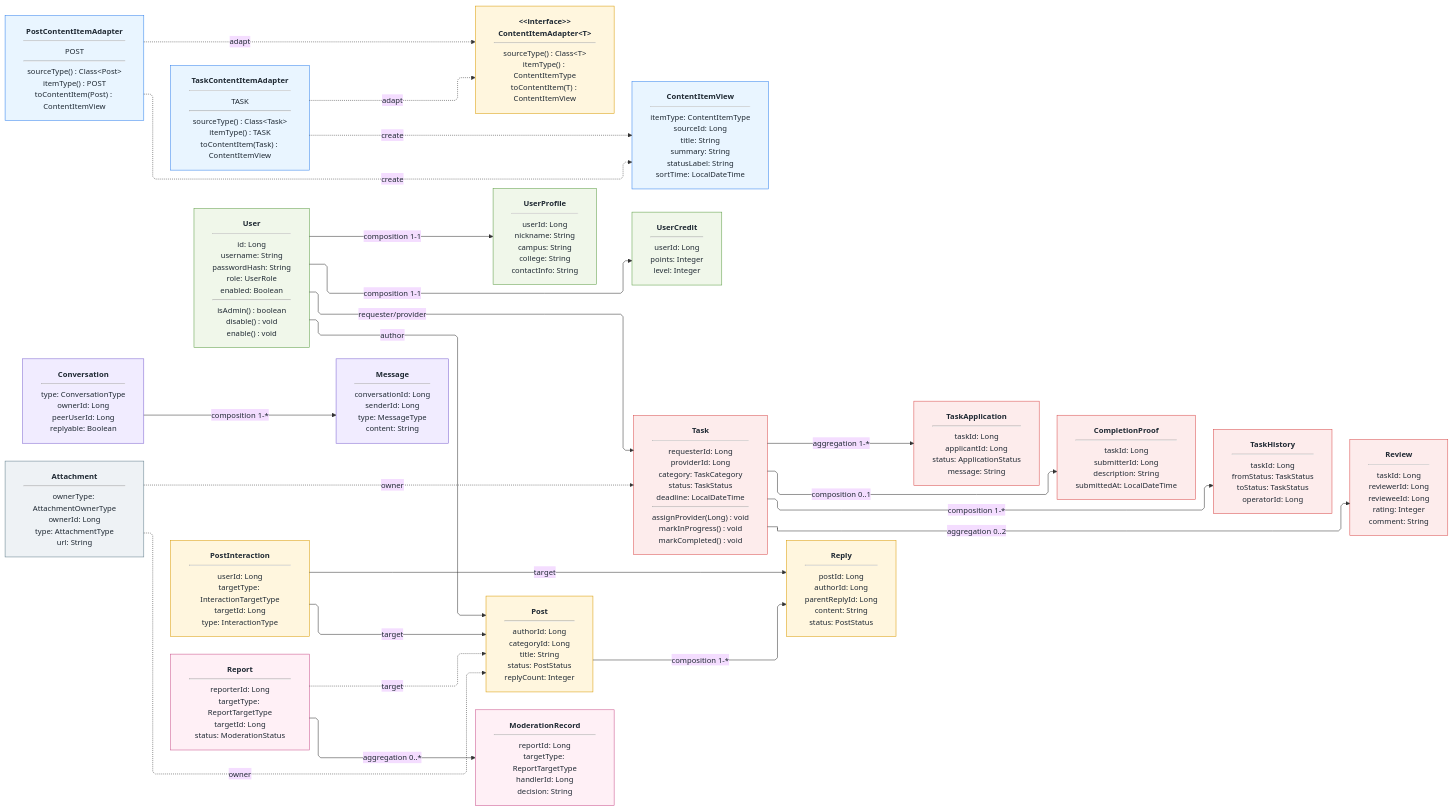
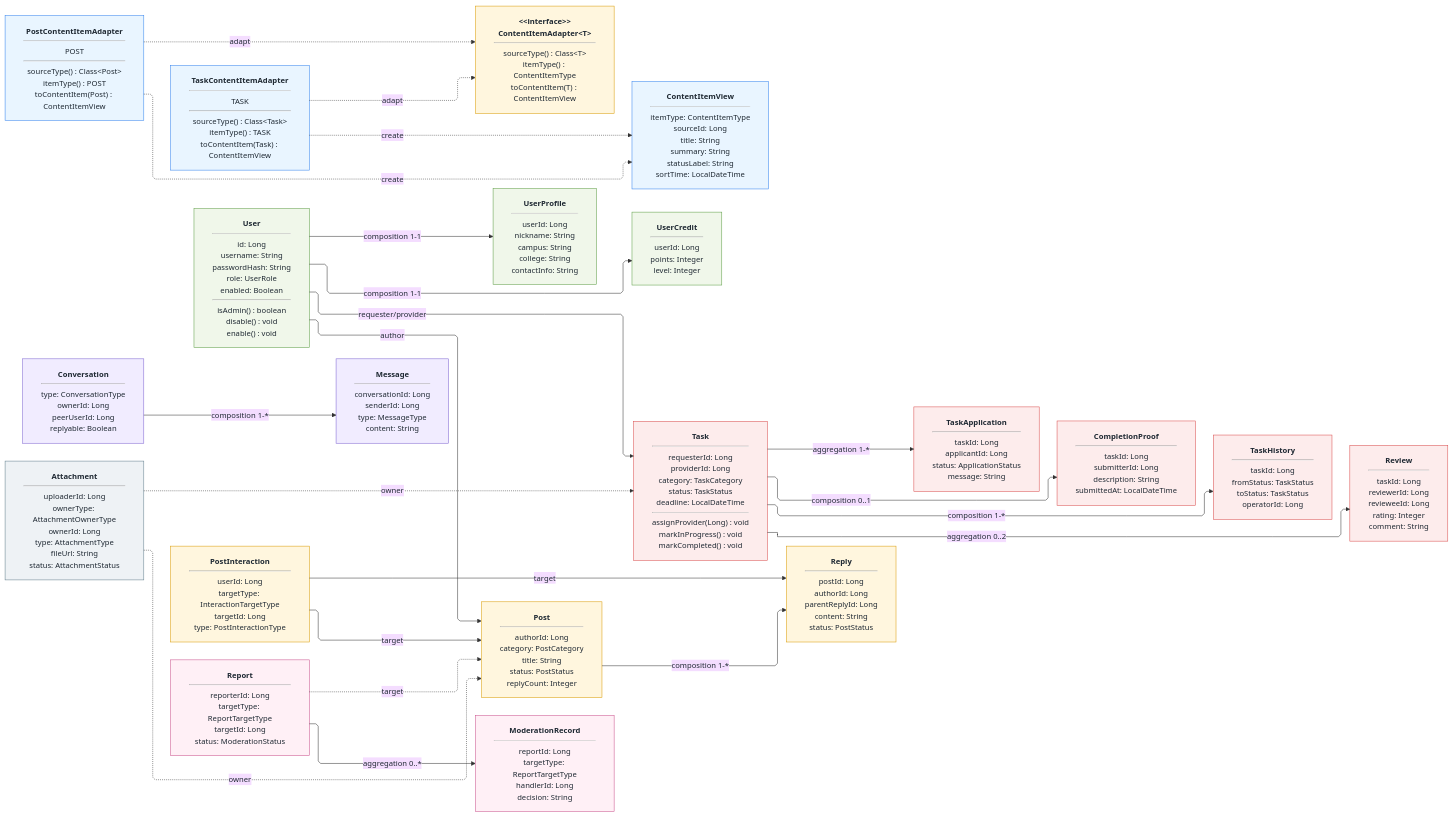
The diagram in docs/P3/01-核心类设计/核心类图/核心类图-总览.mmd (X-Immortal/CampusBridge), drawn with Mermaid before and after one commit. The commit also changed 13 other files, not shown here.

Commit message:
P3图片修正

```diff
--- a/docs/P3/01-核心类设计/核心类图/核心类图-总览.mmd
+++ b/docs/P3/01-核心类设计/核心类图/核心类图-总览.mmd
@@ -1,70 +1,70 @@
 %%{init: {"theme": "base", "themeVariables": {"fontFamily": "Arial, Microsoft YaHei, sans-serif", "fontSize": "15px", "primaryTextColor": "#1f2933", "lineColor": "#333333"}, "flowchart": {"defaultRenderer": "elk", "curve": "linear", "nodeSpacing": 46, "rankSpacing": 78, "padding": 18}}}%%
 flowchart LR
   PostContentItemAdapter["<b>PostContentItemAdapter</b><hr/>POST<hr/>sourceType() : Class&lt;Post&gt;<br/>itemType() : POST<br/>toContentItem(Post) : ContentItemView"]:::view
   TaskContentItemAdapter["<b>TaskContentItemAdapter</b><hr/>TASK<hr/>sourceType() : Class&lt;Task&gt;<br/>itemType() : TASK<br/>toContentItem(Task) : ContentItemView"]:::view
   ContentItemAdapterT["<b>&lt;&lt;interface&gt;&gt;<br/>ContentItemAdapter&lt;T&gt;</b><hr/>sourceType() : Class&lt;T&gt;<br/>itemType() : ContentItemType<br/>toContentItem(T) : ContentItemView"]:::adapter
   ContentItemView["<b>ContentItemView</b><hr/>itemType: ContentItemType<br/>sourceId: Long<br/>title: String<br/>summary: String<br/>statusLabel: String<br/>sortTime: LocalDateTime"]:::view
 
   User["<b>User</b><hr/>id: Long<br/>username: String<br/>passwordHash: String<br/>role: UserRole<br/>enabled: Boolean<hr/>isAdmin() : boolean<br/>disable() : void<br/>enable() : void"]:::user
   UserProfile["<b>UserProfile</b><hr/>userId: Long<br/>nickname: String<br/>campus: String<br/>college: String<br/>contactInfo: String"]:::user
   UserCredit["<b>UserCredit</b><hr/>userId: Long<br/>points: Integer<br/>level: Integer"]:::user
 
-  Post["<b>Post</b><hr/>authorId: Long<br/>categoryId: Long<br/>title: String<br/>status: PostStatus<br/>replyCount: Integer"]:::post
+  Post["<b>Post</b><hr/>authorId: Long<br/>category: PostCategory<br/>title: String<br/>status: PostStatus<br/>replyCount: Integer"]:::post
   Reply["<b>Reply</b><hr/>postId: Long<br/>authorId: Long<br/>parentReplyId: Long<br/>content: String<br/>status: PostStatus"]:::post
-  PostInteraction["<b>PostInteraction</b><hr/>userId: Long<br/>targetType: InteractionTargetType<br/>targetId: Long<br/>type: InteractionType"]:::post
+  PostInteraction["<b>PostInteraction</b><hr/>userId: Long<br/>targetType: InteractionTargetType<br/>targetId: Long<br/>type: PostInteractionType"]:::post
 
   Task["<b>Task</b><hr/>requesterId: Long<br/>providerId: Long<br/>category: TaskCategory<br/>status: TaskStatus<br/>deadline: LocalDateTime<hr/>assignProvider(Long) : void<br/>markInProgress() : void<br/>markCompleted() : void"]:::task
   TaskApplication["<b>TaskApplication</b><hr/>taskId: Long<br/>applicantId: Long<br/>status: ApplicationStatus<br/>message: String"]:::task
   CompletionProof["<b>CompletionProof</b><hr/>taskId: Long<br/>submitterId: Long<br/>description: String<br/>submittedAt: LocalDateTime"]:::task
   TaskHistory["<b>TaskHistory</b><hr/>taskId: Long<br/>fromStatus: TaskStatus<br/>toStatus: TaskStatus<br/>operatorId: Long"]:::task
   Review["<b>Review</b><hr/>taskId: Long<br/>reviewerId: Long<br/>revieweeId: Long<br/>rating: Integer<br/>comment: String"]:::task
 
   Conversation["<b>Conversation</b><hr/>type: ConversationType<br/>ownerId: Long<br/>peerUserId: Long<br/>replyable: Boolean"]:::msg
   Message["<b>Message</b><hr/>conversationId: Long<br/>senderId: Long<br/>type: MessageType<br/>content: String"]:::msg
-  Attachment["<b>Attachment</b><hr/>ownerType: AttachmentOwnerType<br/>ownerId: Long<br/>type: AttachmentType<br/>url: String"]:::attach
+  Attachment["<b>Attachment</b><hr/>uploaderId: Long<br/>ownerType: AttachmentOwnerType<br/>ownerId: Long<br/>type: AttachmentType<br/>fileUrl: String<br/>status: AttachmentStatus"]:::attach
   Report["<b>Report</b><hr/>reporterId: Long<br/>targetType: ReportTargetType<br/>targetId: Long<br/>status: ModerationStatus"]:::govern
   ModerationRecord["<b>ModerationRecord</b><hr/>reportId: Long<br/>targetType: ReportTargetType<br/>handlerId: Long<br/>decision: String"]:::govern
 
   PostContentItemAdapter -.->|adapt| ContentItemAdapterT
   TaskContentItemAdapter -.->|adapt| ContentItemAdapterT
   PostContentItemAdapter -.->|create| ContentItemView
   TaskContentItemAdapter -.->|create| ContentItemView
 
   User -->|composition 1-1| UserProfile
   User -->|composition 1-1| UserCredit
   User -->|author| Post
   User -->|requester/provider| Task
 
   Post -->|composition 1-*| Reply
   PostInteraction -->|target| Post
   PostInteraction -->|target| Reply
 
   Task -->|aggregation 1-*| TaskApplication
   Task -->|composition 0..1| CompletionProof
   Task -->|composition 1-*| TaskHistory
   Task -->|aggregation 0..2| Review
 
   Conversation -->|composition 1-*| Message
   Attachment -.->|owner| Post
   Attachment -.->|owner| Task
   Report -.->|target| Post
   Report -->|aggregation 0..*| ModerationRecord
 
   PostContentItemAdapter ~~~ TaskContentItemAdapter
   ContentItemAdapterT ~~~ ContentItemView
   UserProfile ~~~ UserCredit
   Post ~~~ Task
   TaskApplication ~~~ CompletionProof
   CompletionProof ~~~ TaskHistory
   TaskHistory ~~~ Review
   Attachment ~~~ Report
   Conversation ~~~ Message
 
   classDef view fill:#E9F5FF,stroke:#2F80ED,color:#1f2933;
   classDef adapter fill:#FFF6DE,stroke:#D99A00,color:#1f2933;
   classDef user fill:#F0F7EA,stroke:#5A9C42,color:#1f2933;
   classDef post fill:#FFF6DE,stroke:#D99A00,color:#1f2933;
   classDef task fill:#FDECEC,stroke:#D94B4B,color:#1f2933;
   classDef msg fill:#F1ECFF,stroke:#7B61D1,color:#1f2933;
   classDef attach fill:#EEF2F5,stroke:#607D8B,color:#1f2933;
   classDef govern fill:#FFF0F6,stroke:#C94F8A,color:#1f2933;
```
